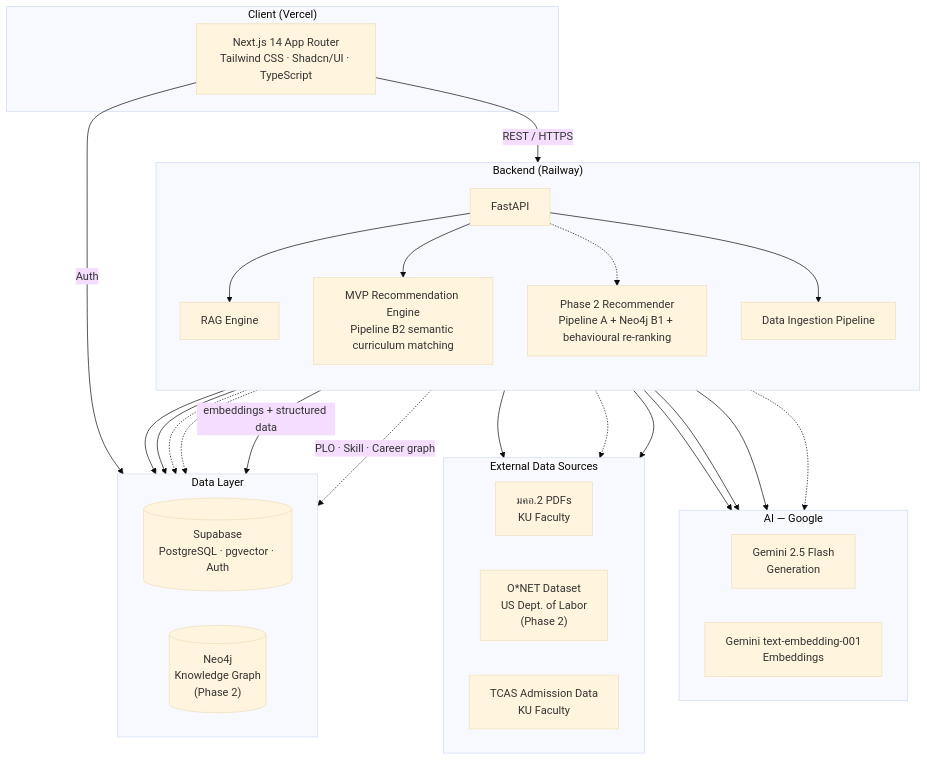
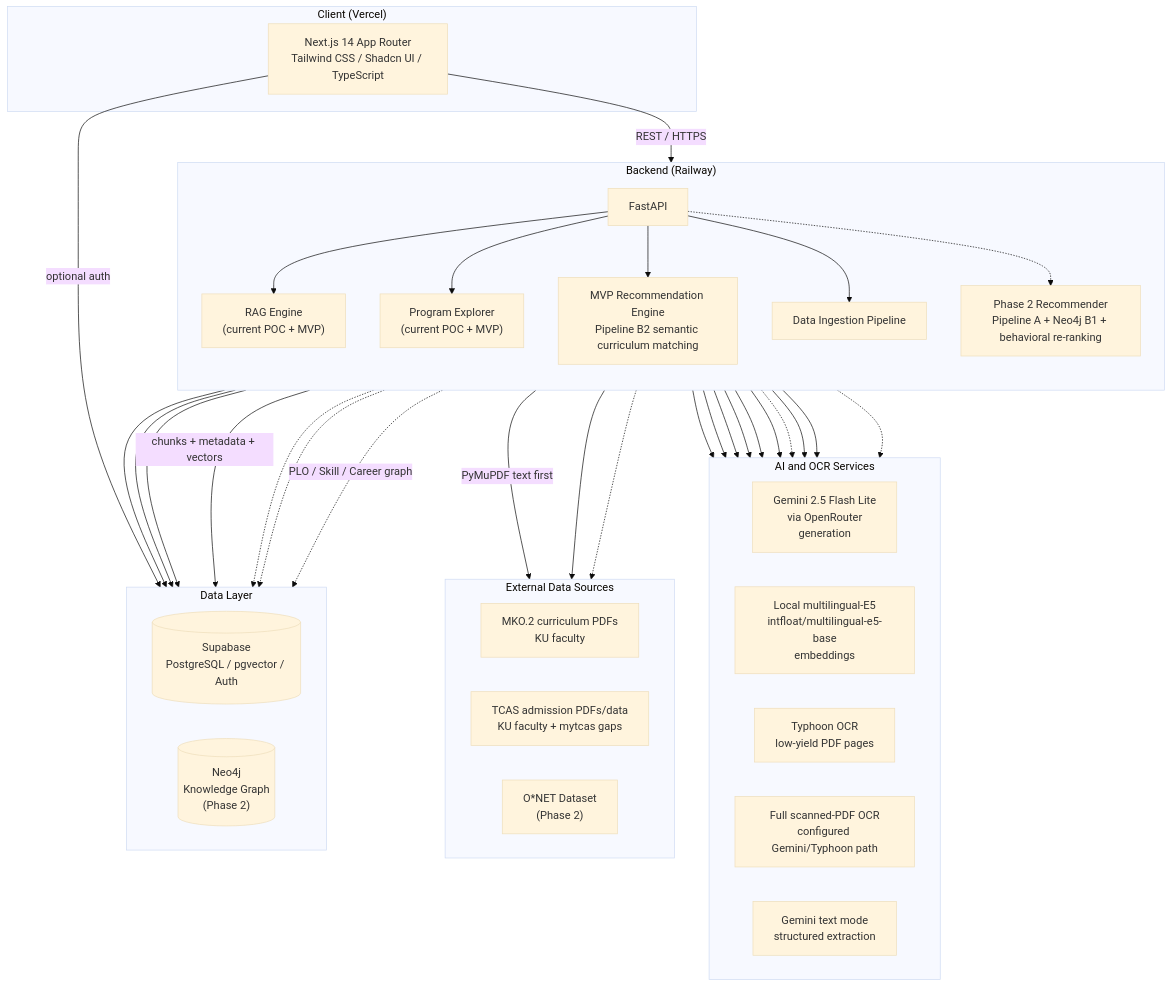
Before and after one commit to tarothanawat/SRS-KUru: the first of 7 diagrams in DIAGRAMS.md, drawn with Mermaid (base theme). The commit also changed other lines of this file and 12 other files, not shown here.

First line of the commit message:
Refine software architecture documentation and update evaluation metrics

````diff
--- a/DIAGRAMS.md
+++ b/DIAGRAMS.md
@@ -12,57 +12,72 @@
 ```mermaid
 flowchart TD
     subgraph CLIENT["Client (Vercel)"]
-        FE["Next.js 14 App Router<br/>Tailwind CSS · Shadcn/UI · TypeScript"]
+        FE["Next.js 14 App Router<br/>Tailwind CSS / Shadcn UI / TypeScript"]
     end
 
     subgraph BACKEND["Backend (Railway)"]
         direction TB
         API["FastAPI"]
-        RAG["RAG Engine"]
+        RAG["RAG Engine<br/>(current POC + MVP)"]
+        EXP["Program Explorer<br/>(current POC + MVP)"]
         REC["MVP Recommendation Engine<br/>Pipeline B2 semantic curriculum matching"]
-        FUTURE_REC["Phase 2 Recommender<br/>Pipeline A + Neo4j B1 + behavioural re-ranking"]
         ING["Data Ingestion Pipeline"]
+        FUTURE_REC["Phase 2 Recommender<br/>Pipeline A + Neo4j B1 + behavioral re-ranking"]
+
         API --> RAG
+        API --> EXP
         API --> REC
+        API --> ING
         API -.-> FUTURE_REC
-        API --> ING
     end
 
     subgraph DATA["Data Layer"]
         direction LR
-        SUP[("Supabase<br/>PostgreSQL · pgvector · Auth")]
+        SUP[("Supabase<br/>PostgreSQL / pgvector / Auth")]
         NEO[("Neo4j<br/>Knowledge Graph<br/>(Phase 2)")]
     end
 
-    subgraph AI_LAYER["AI — Google"]
+    subgraph AI["AI and OCR Services"]
         direction LR
-        GEN["Gemini 2.5 Flash<br/>Generation"]
-        EMB["Gemini text-embedding-001<br/>Embeddings"]
+        GEN["Gemini 2.5 Flash Lite<br/>via OpenRouter<br/>generation"]
+        EMB["Local multilingual-E5<br/>intfloat/multilingual-e5-base<br/>embeddings"]
+        TYPHOON["Typhoon OCR<br/>low-yield PDF pages"]
+        FULL_OCR["Full scanned-PDF OCR<br/>configured Gemini/Typhoon path"]
+        EXTRACT["Gemini text mode<br/>structured extraction"]
     end
 
     subgraph SOURCES["External Data Sources"]
         direction LR
-        PDF["มคอ.2 PDFs<br/>KU Faculty"]
-        ONET["O*NET Dataset<br/>US Dept. of Labor<br/>(Phase 2)"]
-        TCAS["TCAS Admission Data<br/>KU Faculty"]
+        PDF["MKO.2 curriculum PDFs<br/>KU faculty"]
+        TCAS["TCAS admission PDFs/data<br/>KU faculty + mytcas gaps"]
+        ONET["O*NET Dataset<br/>(Phase 2)"]
     end
 
     FE -->|"REST / HTTPS"| API
-    FE -->|"Auth"| SUP
+    FE -->|"optional auth"| SUP
 
     RAG --> SUP
     RAG --> GEN
     RAG --> EMB
 
+    EXP --> SUP
+    EXP --> EMB
+
     REC --> SUP
     REC --> GEN
+    REC --> EMB
+
+    ING -->|"PyMuPDF text first"| PDF
+    ING --> TCAS
+    ING --> TYPHOON
+    ING -.-> FULL_OCR
+    ING --> EXTRACT
+    ING --> EMB
+    ING -->|"chunks + metadata + vectors"| SUP
+
     FUTURE_REC -.-> SUP
     FUTURE_REC -.-> NEO
     FUTURE_REC -.-> GEN
-
-    ING --> PDF
+    ING -.->|"PLO / Skill / Career graph"| NEO
     ING -.-> ONET
-    ING --> TCAS
-    ING -->|"embeddings + structured data"| SUP
-    ING -.->|"PLO · Skill · Career graph"| NEO
 ```
````
